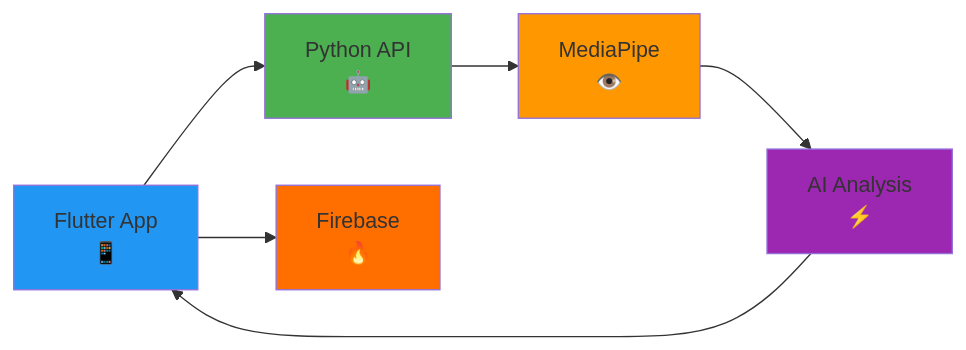
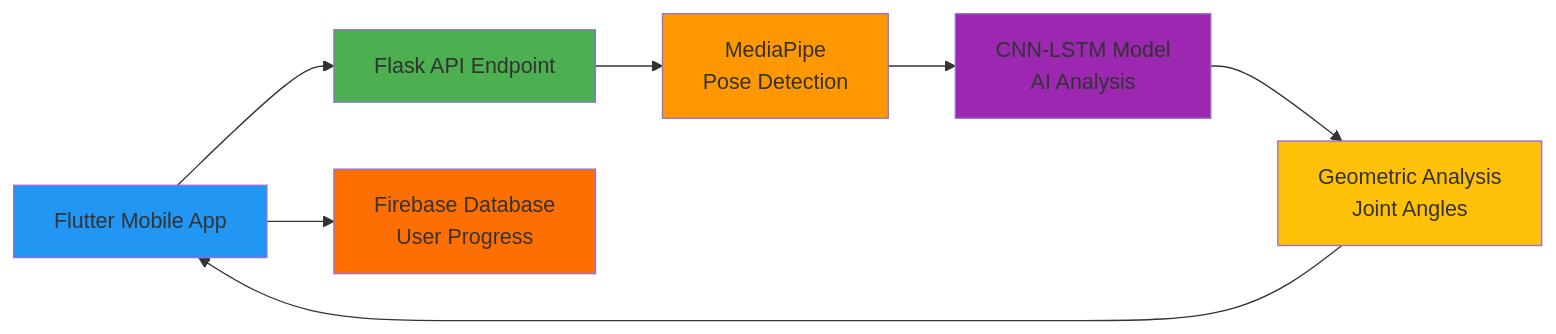
Before and after one commit to mgkram4/doc: the first of 6 diagrams in PP-italy.md, drawn with Mermaid. The commit also changed other lines of this file, not shown here.

````diff
--- a/PP-italy.md
+++ b/PP-italy.md
@@ -10,14 +10,16 @@
 ```mermaid
 graph LR
-    A[Flutter App<br/>📱] --> B[Python API<br/>🤖]
-    B --> C[MediaPipe<br/>👁️]
-    C --> D[AI Analysis<br/>⚡]
-    D --> A
-    A --> E[Firebase<br/>🔥]
+    A[Flutter Mobile App] --> B[Flask API Endpoint]
+    B --> C[MediaPipe<br/>Pose Detection]
+    C --> D[CNN-LSTM Model<br/>AI Analysis]
+    D --> E[Geometric Analysis<br/>Joint Angles]
+    E --> A
+    A --> F[Firebase Database<br/>User Progress]
     
     style A fill:#2196F3
     style B fill:#4CAF50
     style C fill:#FF9800
     style D fill:#9C27B0
-    style E fill:#FF6F00
+    style E fill:#FFC107
+    style F fill:#FF6F00
 ```
````
